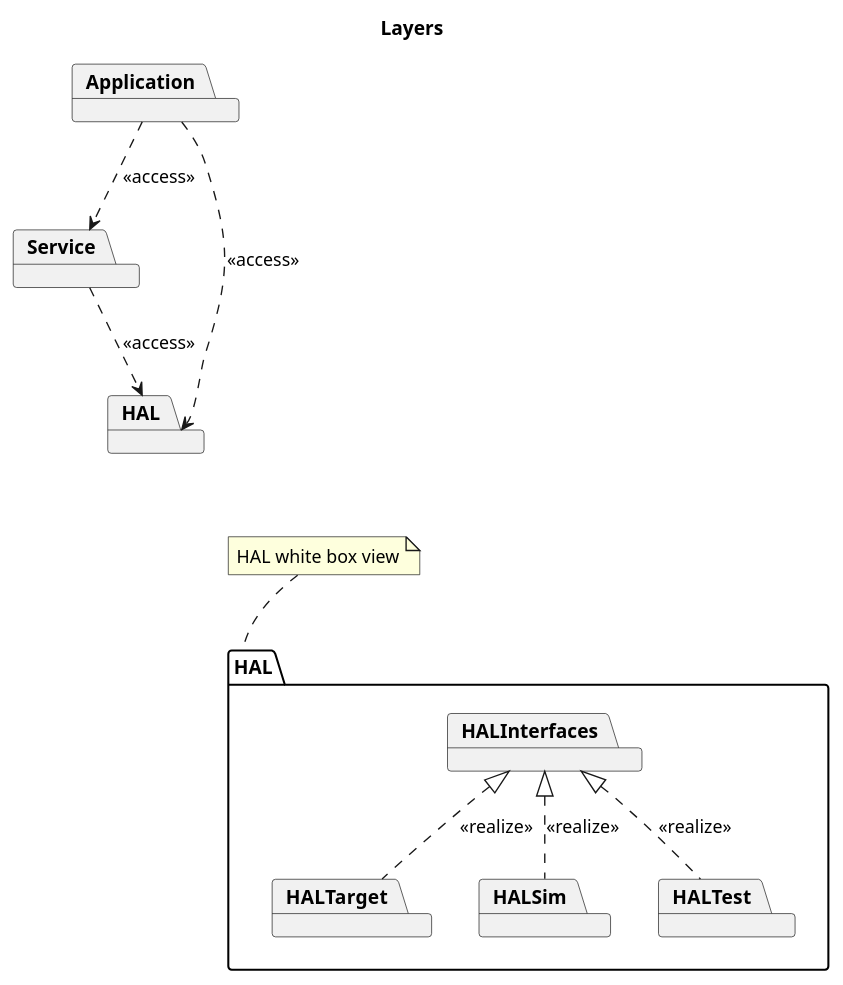
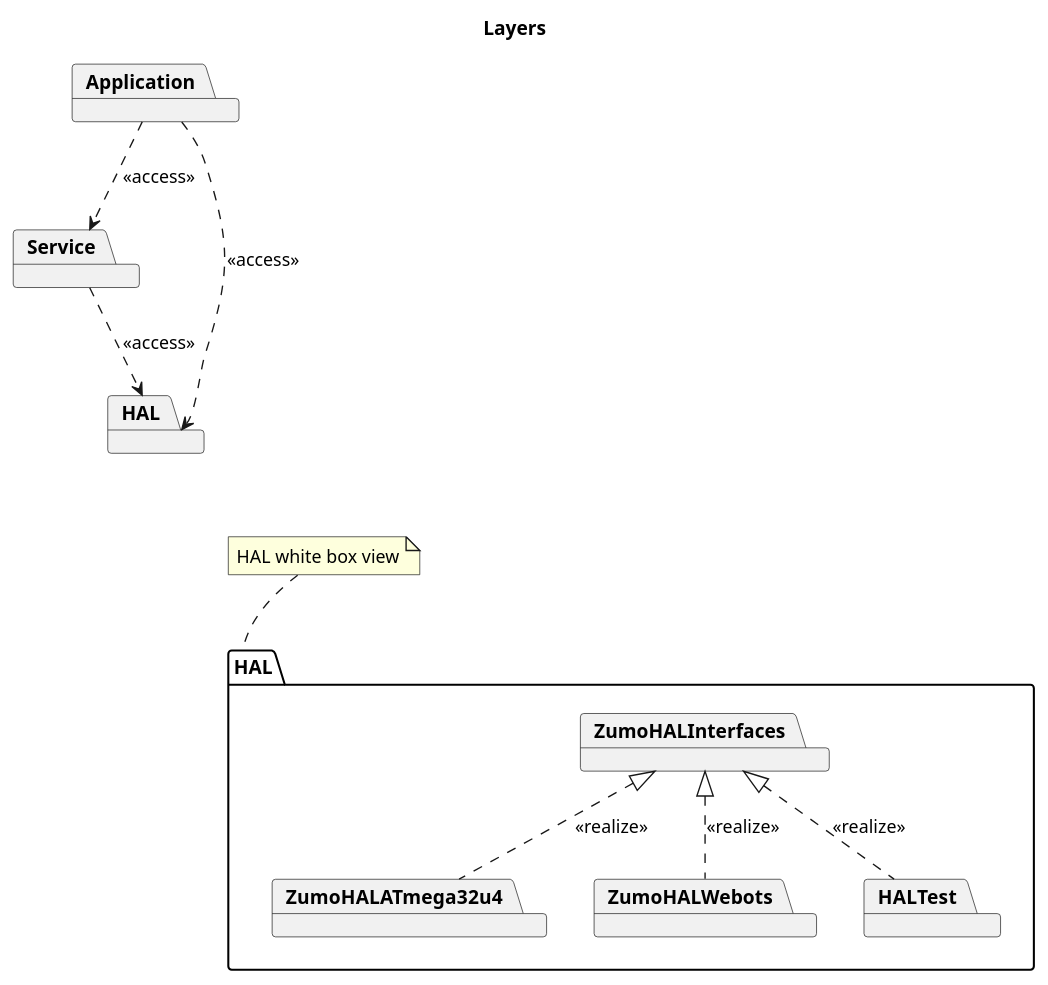
The diagram in doc/architecture/uml/DevelopmentView/Layers.plantuml (BlueAndi/RadonUlzer), drawn with PlantUML before and after one commit. The commit also changed 2 other files, not shown here.

Commit message:
HAL in architecture updated regarding the HAL extraction.

```diff
--- a/doc/architecture/uml/DevelopmentView/Layers.plantuml
+++ b/doc/architecture/uml/DevelopmentView/Layers.plantuml
@@ -1,31 +1,31 @@
 @startuml
 
 title Layers
 
 package Application
 package Service
 package HAL
 
 Application ..> Service: <<access>>
 Application ...> HAL: <<access>>
 
 Service ..> HAL: <<access>>
 
 package "HAL" as halDetail {
-    package HALInterfaces
-    package HALTarget
-    package HALSim
+    package ZumoHALInterfaces
+    package ZumoHALATmega32u4
+    package ZumoHALWebots
     package HALTest
 
-    HALInterfaces <|.. HALTarget: <<realize>>
-    HALInterfaces <|.. HALSim: <<realize>>
-    HALInterfaces <|.. HALTest: <<realize>>
+    ZumoHALInterfaces <|.. ZumoHALATmega32u4: <<realize>>
+    ZumoHALInterfaces <|.. ZumoHALWebots: <<realize>>
+    ZumoHALInterfaces <|.. HALTest: <<realize>>
 }
 
 HAL -[hidden]-- halDetail
 
 note top of halDetail
     HAL white box view
 end note
 
 @enduml
```
